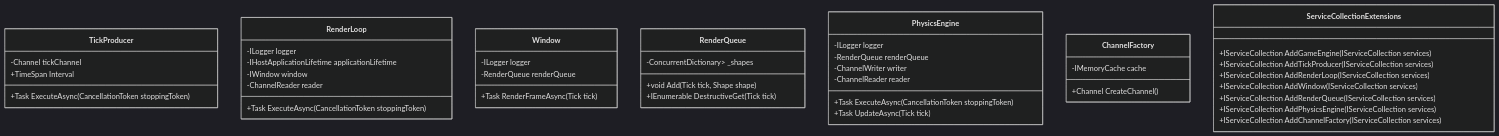
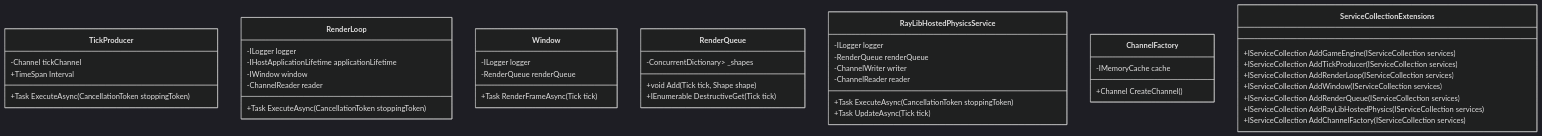
The diagram in src/Frank.GameEngine.Rendering.RayLib/README.md (frankhaugen/Frank.GameEngine), drawn with Mermaid (dark theme) before and after one commit. The commit also changed 41 other files, not shown here.

````diff
--- a/src/Frank.GameEngine.Rendering.RayLib/README.md
+++ b/src/Frank.GameEngine.Rendering.RayLib/README.md
@@ -4,46 +4,46 @@
 ```mermaid
 classDiagram
     class TickProducer {
         -Channel<Tick> tickChannel
         +TimeSpan Interval
         +Task ExecuteAsync(CancellationToken stoppingToken)
     }
     class RenderLoop {
         -ILogger<RenderLoop> logger
         -IHostApplicationLifetime applicationLifetime
         -IWindow window
         -ChannelReader<PhysicsEngineSignoff> reader
         +Task ExecuteAsync(CancellationToken stoppingToken)
     }
     class Window {
         -ILogger<Window> logger
         -RenderQueue renderQueue
         +Task RenderFrameAsync(Tick tick)
     }
     class RenderQueue {
         -ConcurrentDictionary<ulong, List<Shape>> _shapes
         +void Add(Tick tick, Shape shape)
         +IEnumerable<Shape> DestructiveGet(Tick tick)
     }
-    class PhysicsEngine {
-        -ILogger<PhysicsEngine> logger
+    class RayLibHostedPhysicsService {
+        -ILogger<RayLibHostedPhysicsService> logger
         -RenderQueue renderQueue
         -ChannelWriter<PhysicsEngineSignoff> writer
         -ChannelReader<Tick> reader
         +Task ExecuteAsync(CancellationToken stoppingToken)
         +Task UpdateAsync(Tick tick)
     }
     class ChannelFactory {
         -IMemoryCache cache
         +Channel<T> CreateChannel<T>()
     }
     class ServiceCollectionExtensions {
         +IServiceCollection AddGameEngine(IServiceCollection services)
         +IServiceCollection AddTickProducer(IServiceCollection services)
         +IServiceCollection AddRenderLoop(IServiceCollection services)
         +IServiceCollection AddWindow(IServiceCollection services)
         +IServiceCollection AddRenderQueue(IServiceCollection services)
-        +IServiceCollection AddPhysicsEngine(IServiceCollection services)
+        +IServiceCollection AddRayLibHostedPhysics(IServiceCollection services)
         +IServiceCollection AddChannelFactory(IServiceCollection services)
     }
 ```
````
